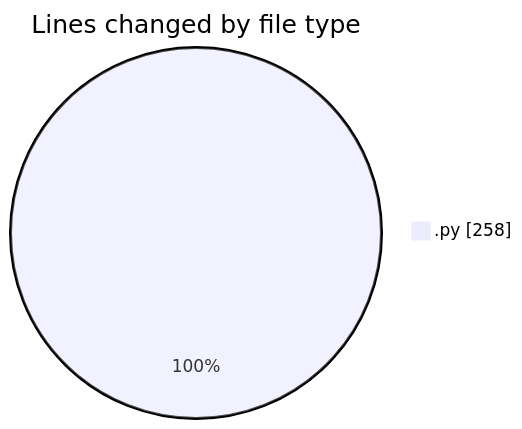
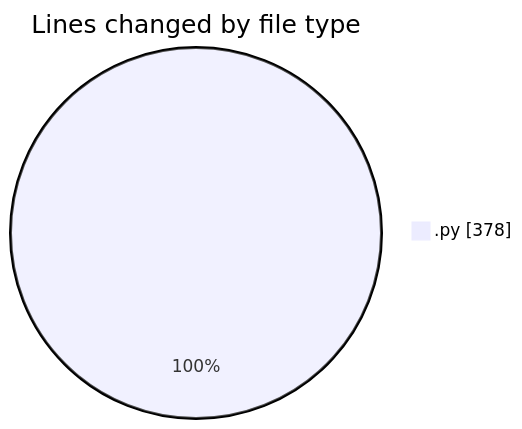
The first of 2 diagrams in 2025-10-25/untitled__workspace_/README.md (MatusMokan/code-tracking), drawn with Mermaid before and after one commit. The commit also changed other lines of this file and 1 other file, not shown here.

````diff
--- a/2025-10-25/untitled__workspace_/README.md
+++ b/2025-10-25/untitled__workspace_/README.md
@@ -20,5 +20,5 @@
 ```mermaid
 pie showData
 title Lines changed by file type
-".py" : 258
+".py" : 378
 ```
````
